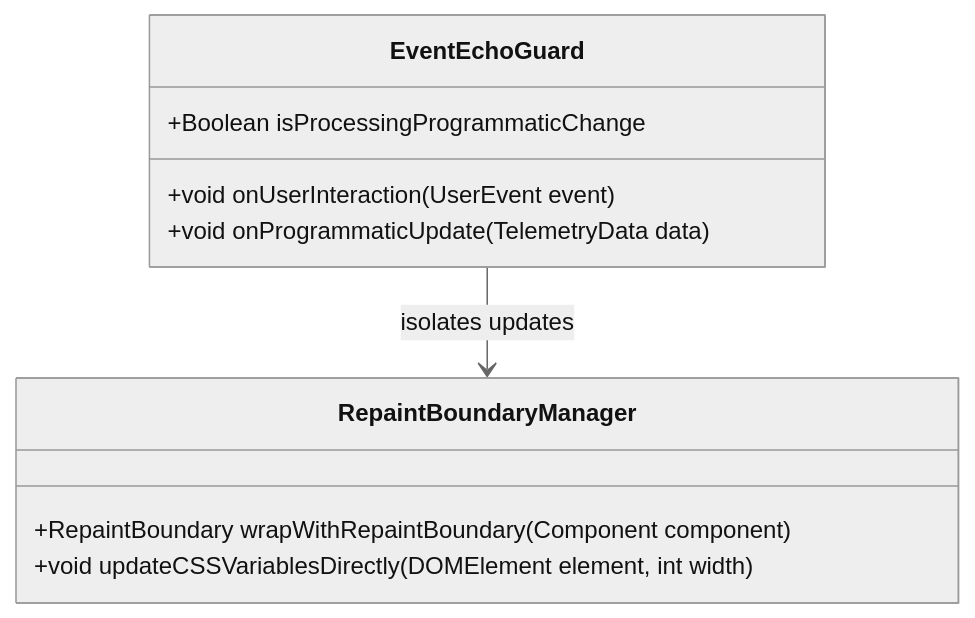
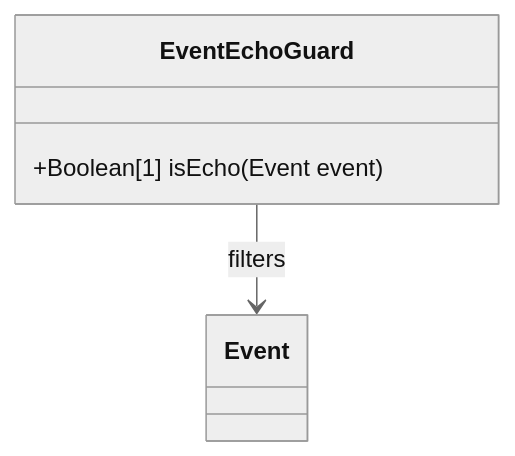
The diagram in docs/features/feat-14-event-echo-guard.md (gintatkinson/digital-pipeline-repo), drawn with Mermaid (neutral theme) before and after one commit. The commit also changed other lines of this file and 17 other files, not shown here.

````diff
--- a/docs/features/feat-14-event-echo-guard.md
+++ b/docs/features/feat-14-event-echo-guard.md
@@ -19,13 +19,8 @@
 ```mermaid
 classDiagram
     class EventEchoGuard {
-        +Boolean isProcessingProgrammaticChange
-        +void onUserInteraction(UserEvent event)
-        +void onProgrammaticUpdate(TelemetryData data)
+        +Boolean[1] isEcho(Event event)
     }
-    class RepaintBoundaryManager {
-        +RepaintBoundary wrapWithRepaintBoundary(Component component)
-        +void updateCSSVariablesDirectly(DOMElement element, int width)
-    }
-    EventEchoGuard --> RepaintBoundaryManager : isolates updates
+    class Event
+    EventEchoGuard --> Event : filters
 ```
````
